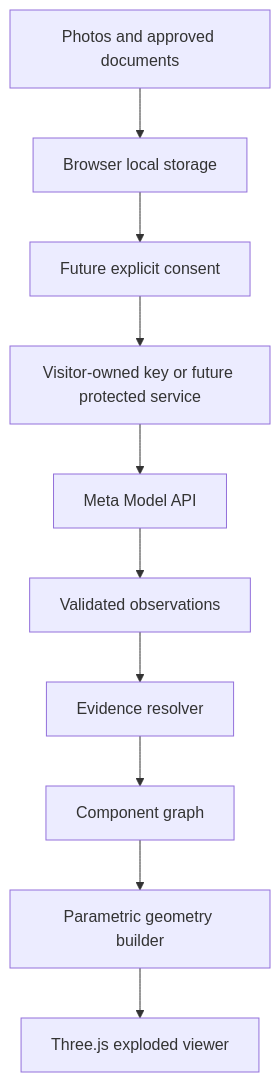
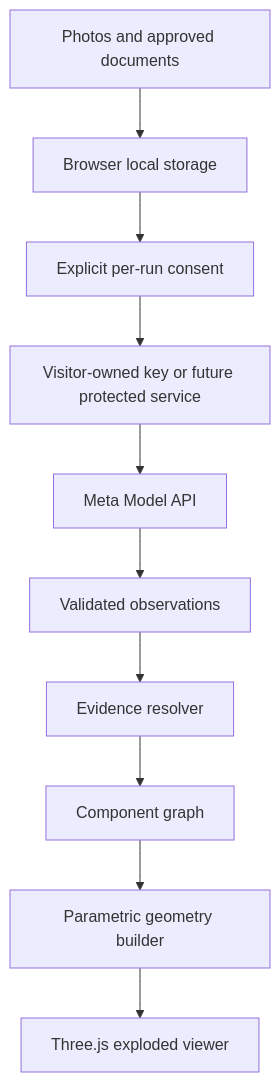
The diagram in docs/architecture.md (Cedric-Martz/EIDA), drawn with Mermaid before and after one commit. The commit also changed other lines of this file and 39 other files, not shown here.

````diff
--- a/docs/architecture.md
+++ b/docs/architecture.md
@@ -7,12 +7,12 @@
 ```mermaid
 flowchart TD
   A[Photos and approved documents] --> B[Browser local storage]
-  B --> C[Future explicit consent]
+  B --> C[Explicit per-run consent]
   C --> D[Visitor-owned key or future protected service]
   D --> E[Meta Model API]
   E --> F[Validated observations]
   F --> G[Evidence resolver]
   G --> H[Component graph]
   H --> I[Parametric geometry builder]
   I --> J[Three.js exploded viewer]
 ```
````
